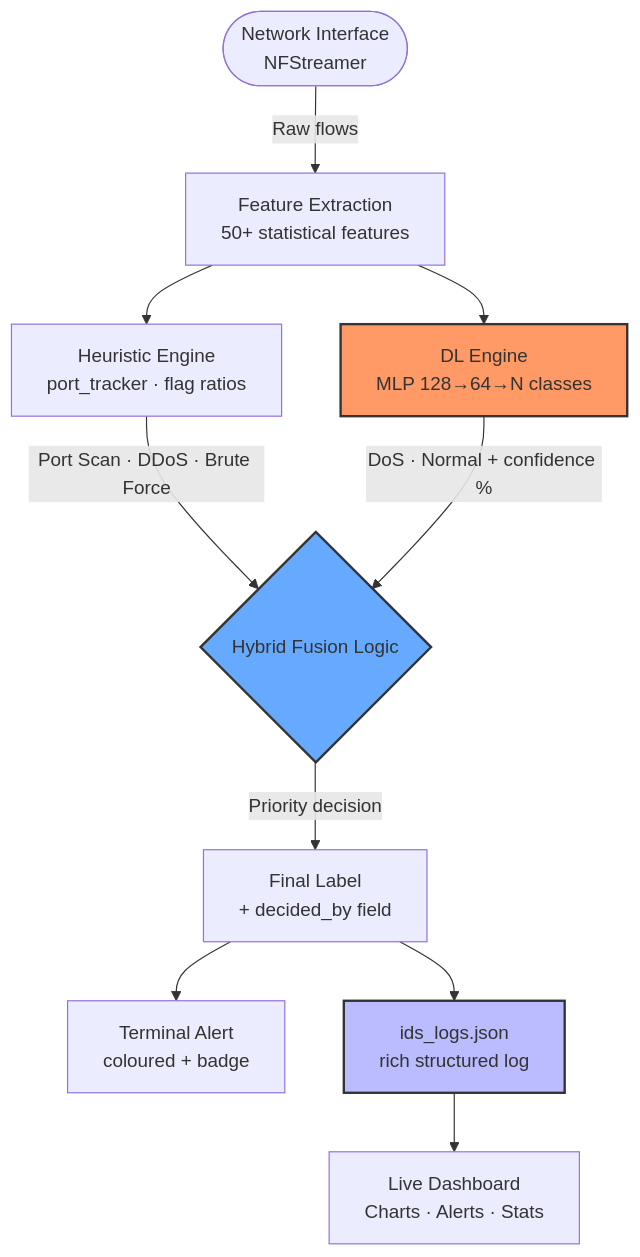
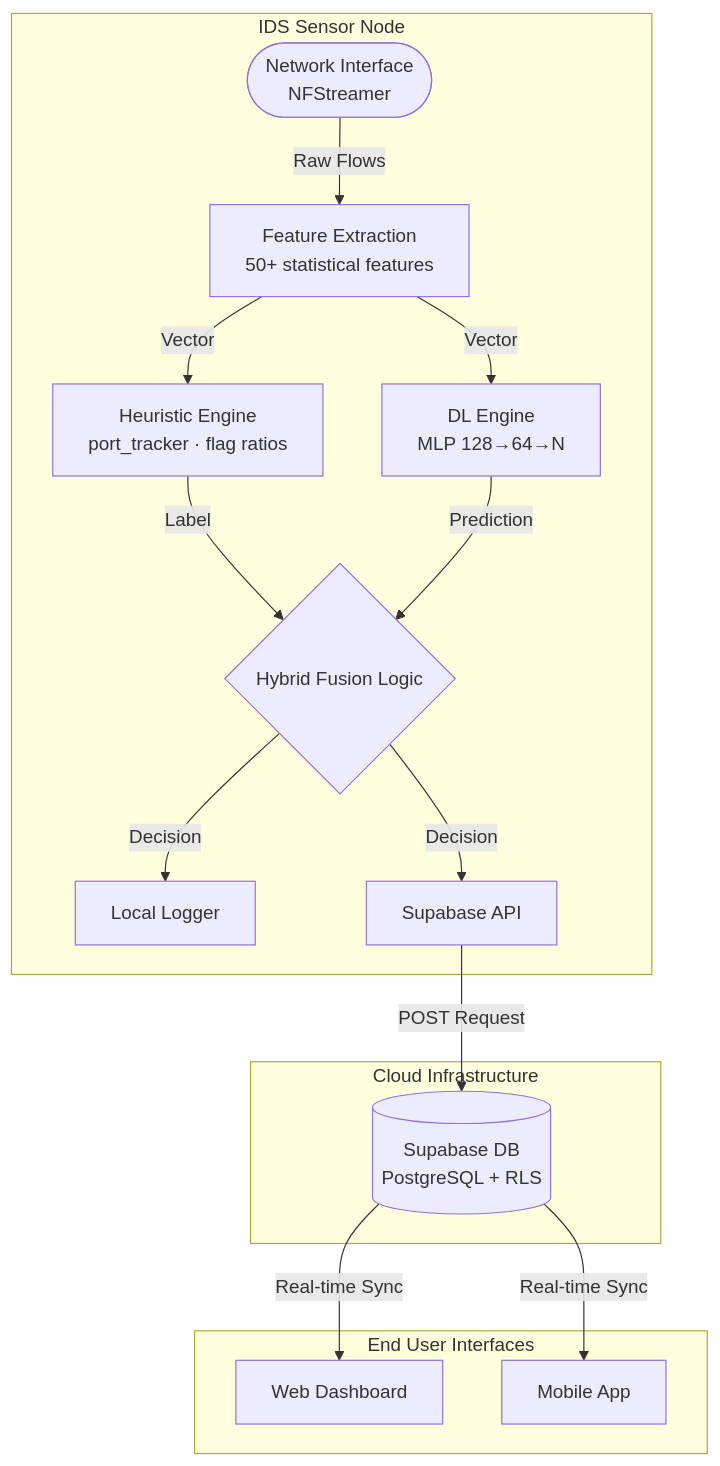
Before and after one commit to HAMZOO0/Flow-Based-IDS-with-Heuristic-DL-Fusion: the first of 6 diagrams in readme.md, drawn with Mermaid. The commit also changed other lines of this file and 11 other files, not shown here.

First line of the commit message:
Add core functionality for DDoS Sentinel IDS

````diff
--- a/readme.md
+++ b/readme.md
@@ -42,21 +42,21 @@
 ```mermaid
 graph TD
-    A([Network Interface\nNFStreamer]) -->|Raw flows| B[Feature Extraction\n50+ statistical features]
+    subgraph SENSOR [IDS Sensor Node]
+        A([Network Interface\nNFStreamer]) -- Raw Flows --> B[Feature Extraction\n50+ statistical features]
+        B -- Vector --> C[Heuristic Engine\nport_tracker · flag ratios]
+        B -- Vector --> D[DL Engine\nMLP 128→64→N]
+        C -- Label --> E{Hybrid Fusion Logic}
+        D -- Prediction --> E
+        E -- Decision --> F[Local Logger]
+        E -- Decision --> G[Supabase API]
+    end
 
-    B --> C[Heuristic Engine\nport_tracker · flag ratios]
-    B --> D[DL Engine\nMLP 128→64→N classes]
+    subgraph CLOUD [Cloud Infrastructure]
+        G -- POST Request --> H[(Supabase DB\nPostgreSQL + RLS)]
+    end
 
-    C -->|Port Scan · DDoS · Brute Force| E{Hybrid Fusion Logic}
-    D -->|DoS · Normal + confidence %| E
-
-    E -->|Priority decision| F[Final Label\n+ decided_by field]
-
-    F --> G[Terminal Alert\ncoloured + badge]
-    F --> H[ids_logs.json\nrich structured log]
-
-    H --> I[Live Dashboard\nCharts · Alerts · Stats]
-
-    style D fill:#f96,stroke:#333,stroke-width:2px
-    style E fill:#6af,stroke:#333,stroke-width:2px
-    style H fill:#bbf,stroke:#333,stroke-width:2px
+    subgraph CLIENT [End User Interfaces]
+        H -- Real-time Sync --> I[Web Dashboard]
+        H -- Real-time Sync --> J[Mobile App]
+    end
 ```
````
